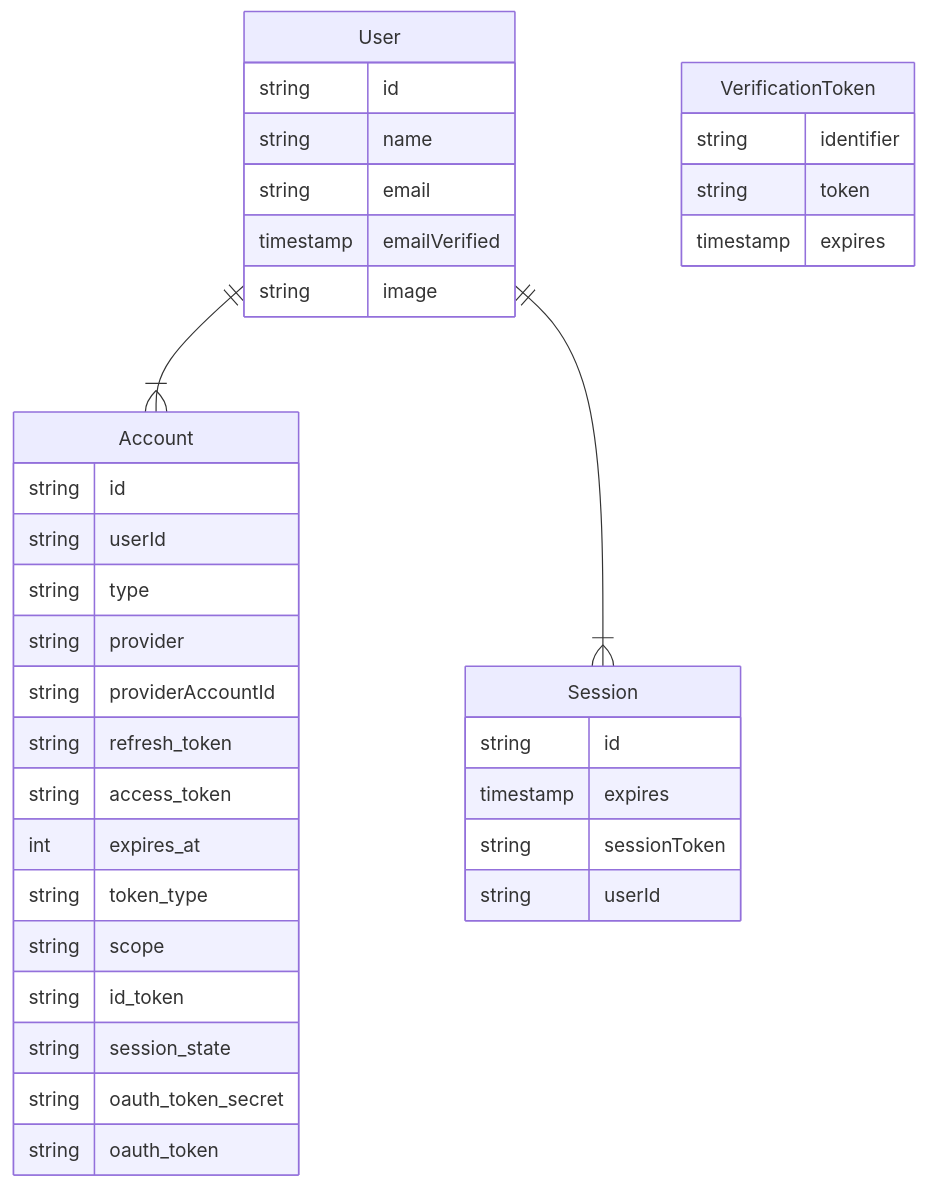
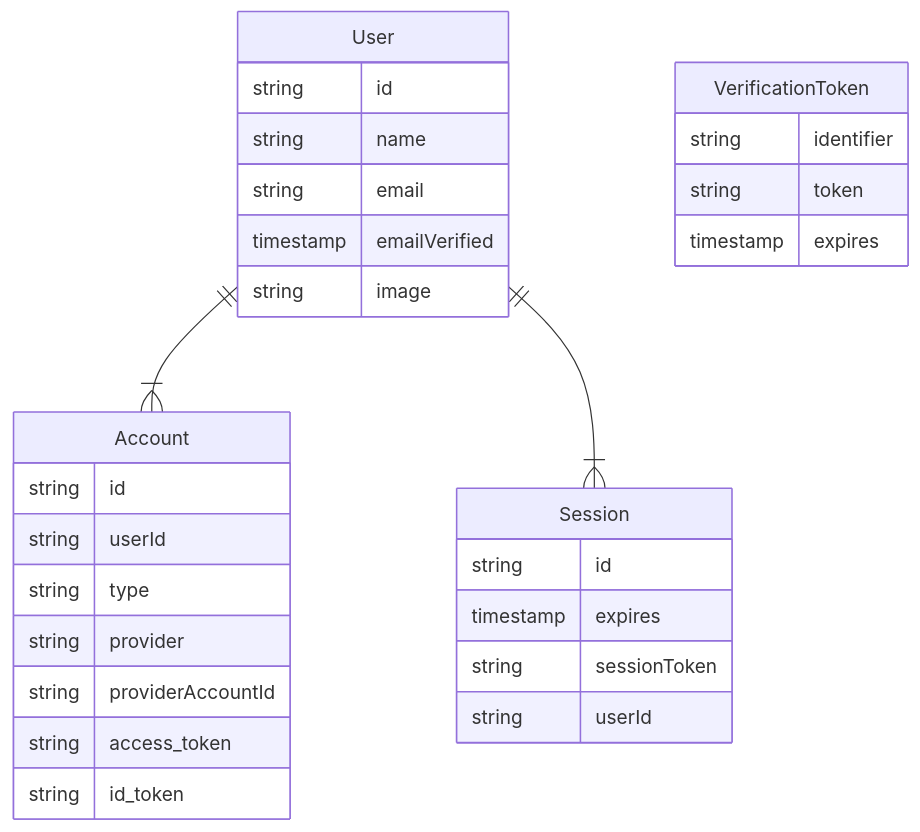
Before and after one commit to StronglyTypedSoul/sdopsdfpp-sdf-sd-sd: the diagram in docs/docs/reference/adapters/index.md, drawn with Mermaid. The commit also changed other lines of this file and 8 other files, not shown here.

````diff
--- a/docs/docs/reference/adapters/index.md
+++ b/docs/docs/reference/adapters/index.md
@@ -76,39 +76,32 @@
 ```mermaid
 erDiagram
     User ||--|{ Account : ""
     User {
       string id
       string name
       string email
       timestamp emailVerified
       string image
     }
     User ||--|{ Session : ""
     Session {
       string id
       timestamp expires
       string sessionToken
       string userId
     }
     Account {
       string id
       string userId
       string type
       string provider
       string providerAccountId
-      string refresh_token
       string access_token
-      int expires_at
-      string token_type
-      string scope
       string id_token
-      string session_state
-      string oauth_token_secret
-      string oauth_token
     }
     VerificationToken {
       string identifier
       string token
       timestamp expires
     }
 ```
````
